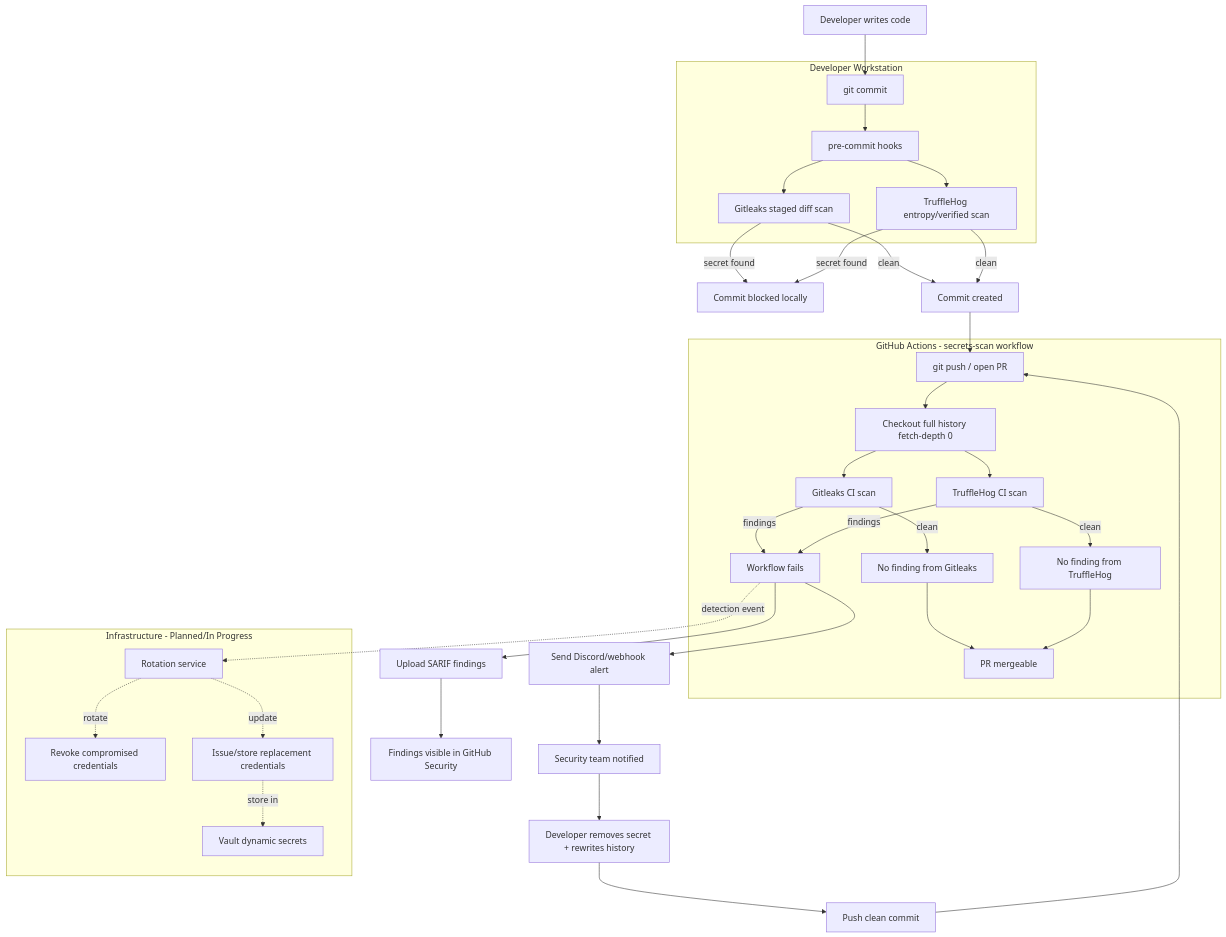
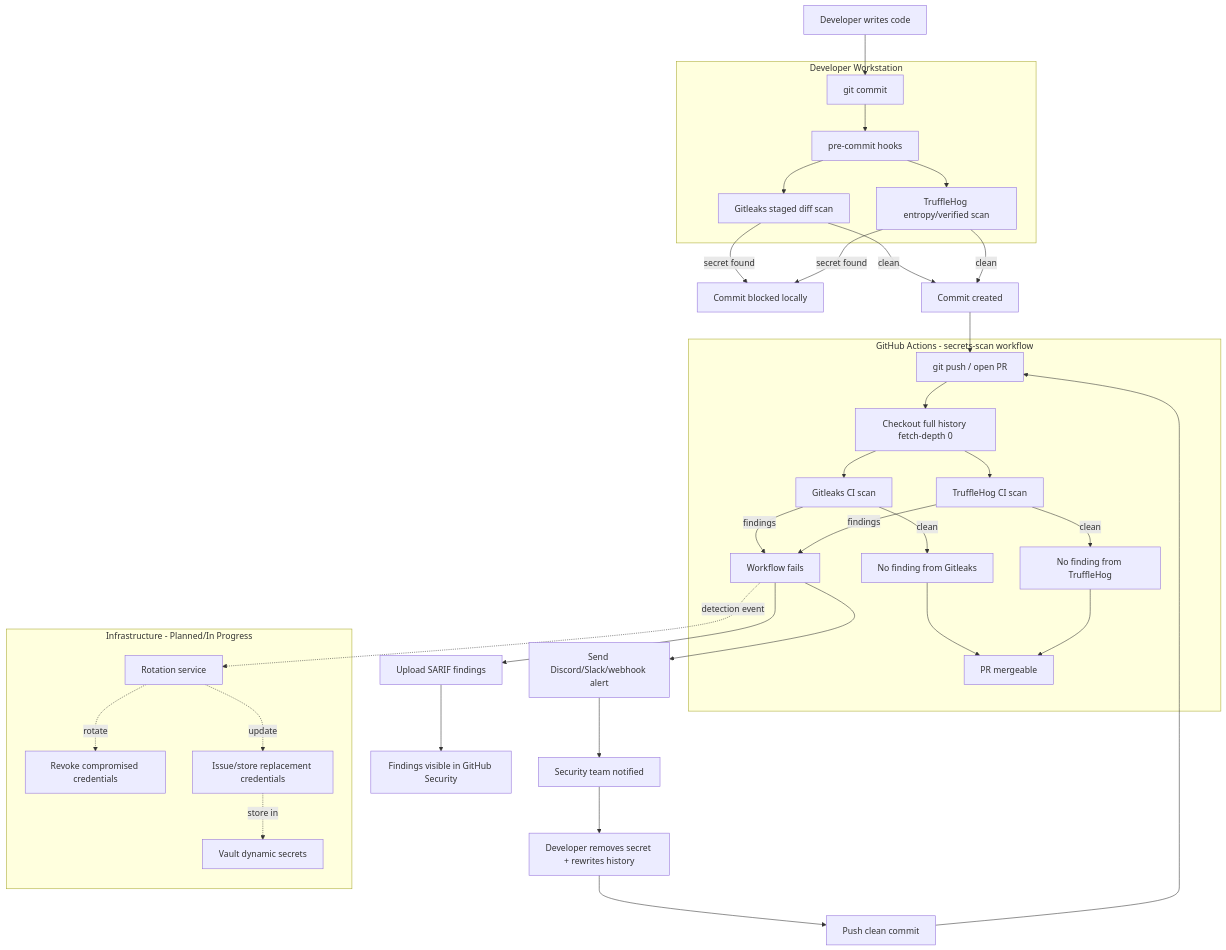
Before and after one commit to miravuong/tripwire: the diagram in README.md, drawn with Mermaid. The commit also changed other lines of this file and 5 other files, not shown here.

Commit message:
Slack Webhook intergration

````diff
--- a/README.md
+++ b/README.md
@@ -17,50 +17,50 @@
 ```mermaid
 flowchart TD
   A[Developer writes code] --> B[git commit]
 
   subgraph DEV[Developer Workstation]
     B --> C[pre-commit hooks]
     C --> D[Gitleaks staged diff scan]
     C --> E[TruffleHog entropy/verified scan]
   end
 
   D -->|secret found| F[Commit blocked locally]
   E -->|secret found| F
   D -->|clean| G[Commit created]
   E -->|clean| G
 
   G --> H[git push / open PR]
 
   subgraph CI[GitHub Actions - secrets-scan workflow]
     H --> I[Checkout full history fetch-depth 0]
     I --> J[Gitleaks CI scan]
     I --> K[TruffleHog CI scan]
     J -->|findings| L[Workflow fails]
     K -->|findings| L
     J -->|clean| M[No finding from Gitleaks]
     K -->|clean| N[No finding from TruffleHog]
     M --> O[PR mergeable]
     N --> O
   end
 
   L --> P[Upload SARIF findings]
-  L --> Q[Send Discord/webhook alert]
+  L --> Q[Send Discord/Slack/webhook alert]
   Q --> R[Security team notified]
   P --> S[Findings visible in GitHub Security]
 
   R --> T[Developer removes secret + rewrites history]
   T --> U[Push clean commit]
   U --> H
 
   subgraph INFRA[Infrastructure - Planned/In Progress]
     V[Rotation service]
     W[Vault dynamic secrets]
     X[Revoke compromised credentials]
     Y[Issue/store replacement credentials]
   end
 
   L -. detection event .-> V
   V -. rotate .-> X
   V -. update .-> Y
   Y -. store in .-> W
 ```
````
